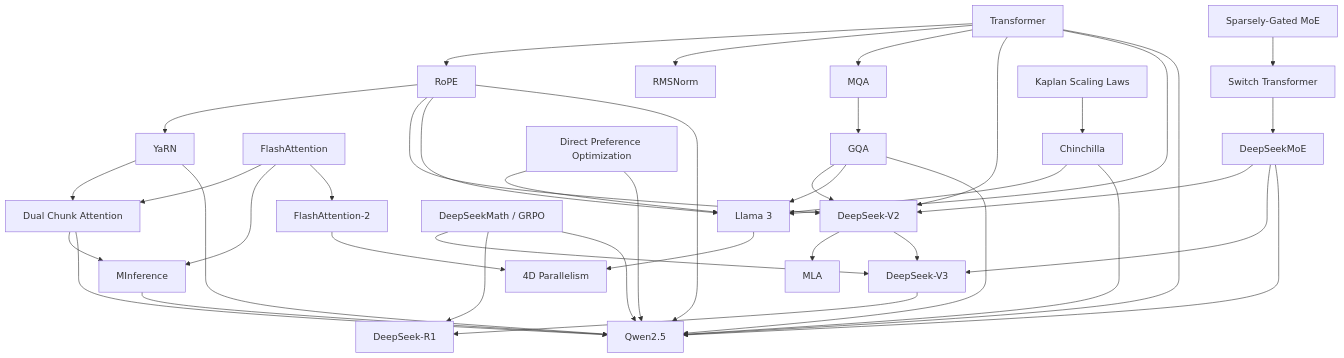
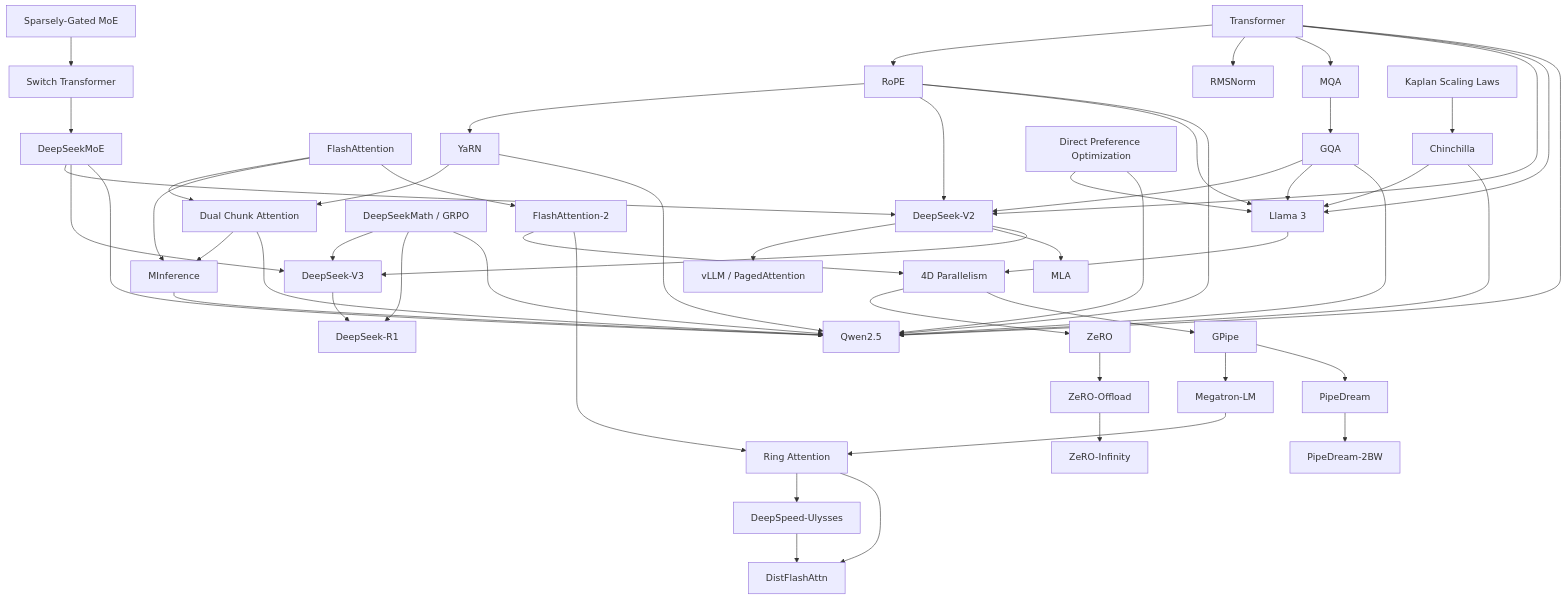
Before and after one commit to KetenBieber/llm-technology-atlas: the first of 2 diagrams in docs/technology-map.md, drawn with Mermaid. The commit also changed other lines of this file and 47 other files, not shown here.

````diff
--- a/docs/technology-map.md
+++ b/docs/technology-map.md
@@ -5,50 +5,63 @@
 ```{mermaid}
 flowchart TD
   T["Transformer"] --> R["RoPE"]
   T --> N["RMSNorm"]
   R --> YARN["YaRN"]
   YARN --> DCA["Dual Chunk Attention"]
   DCA --> MINF["MInference"]
   FA["FlashAttention"] --> DCA
   FA --> MINF
   FA --> FA2["FlashAttention-2"]
   FA2 --> SYS4D["4D Parallelism"]
+  SYS4D --> ZERO["ZeRO"]
+  SYS4D --> GPIPE["GPipe"]
+  GPIPE --> MEGA["Megatron-LM"]
+  MEGA --> RING["Ring Attention"]
+  FA2 --> RING
+  GPIPE --> PD["PipeDream"]
+  PD --> PD2["PipeDream-2BW"]
+  ZERO --> ZO["ZeRO-Offload"]
+  ZO --> ZI["ZeRO-Infinity"]
+  RING --> ULYSSES["DeepSpeed-Ulysses"]
+  ULYSSES --> DFA["DistFlashAttn"]
+  RING --> DFA
+  V2 --> VL["vLLM / PagedAttention"]
   T --> MQA["MQA"]
   MQA --> GQA["GQA"]
 
   SG["Sparsely-Gated MoE"] --> SW["Switch Transformer"]
   SW --> DSM["DeepSeekMoE"]
 
   T --> V2["DeepSeek-V2"]
   GQA --> V2
   R --> V2
   DSM --> V2
   V2 --> MLA["MLA"]
 
   V2 --> V3["DeepSeek-V3"]
   DSM --> V3
   V3 --> R1["DeepSeek-R1"]
 
   L3 --> SYS4D
   GRPO["DeepSeekMath / GRPO"] --> V3
   GRPO --> R1
 
   T --> L3["Llama 3"]
   R --> L3
   GQA --> L3
 
   T --> Q25["Qwen2.5"]
   R --> Q25
   GQA --> Q25
   DSM --> Q25
   GRPO --> Q25
   DPO["Direct Preference Optimization"] --> L3
   YARN --> Q25
   DCA --> Q25
   MINF --> Q25
   DPO --> Q25
 
   KAP["Kaplan Scaling Laws"] --> CH["Chinchilla"]
   CH --> L3
   CH --> Q25
 ```
````
